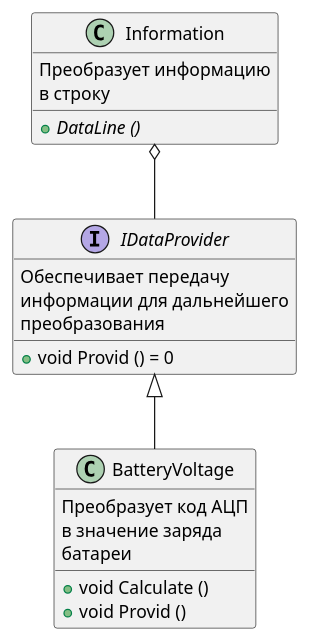
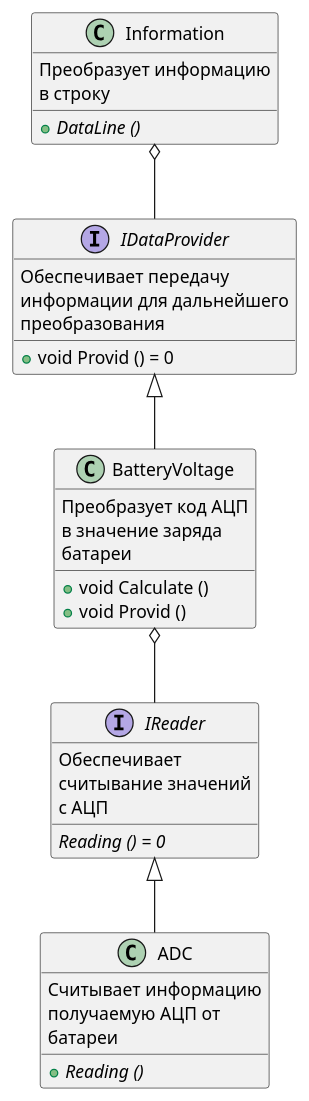
One commit to Luda-Seliv-KE-413/Kursovoy changed the diagram in DOC/UMLBattery.puml. Above: the diagram before and after it, drawn with PlantUML.

Commit message:
Расчет значений параметров

```diff
--- a/DOC/UMLBattery.puml
+++ b/DOC/UMLBattery.puml
@@ -1,34 +1,55 @@
 @startuml DataProvider
 
 
 class BatteryVoltage
 {
 Преобразует код АЦП
 в значение заряда
 батареи
 
 + void Calculate ()
 + void Provid ()
 }
 
 class Information
 {
 Преобразует информацию
 в строку
 
 + {abstract} DataLine ()
 }
 
 interface IDataProvider
 {
     Обеспечивает передачу 
     информации для дальнейшего 
     преобразования
 
     + void Provid () = 0
 }
 
 BatteryVoltage -up-|> IDataProvider
 Information o--IDataProvider
 
+class ADC
+{
+Считывает информацию
+получаемую АЦП от
+батареи
+
++ {abstract} Reading ()
+}
+
+interface IReader
+{
+    Обеспечивает
+    считывание значений
+    с АЦП
+
+    {abstract} Reading () = 0
+}
+
+ADC -up-|> IReader
+BatteryVoltage o--IReader
+
 @enduml
```
